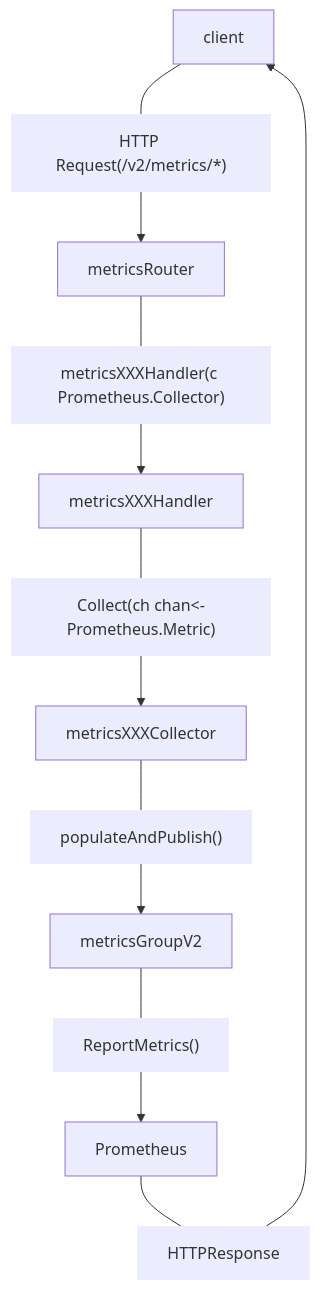
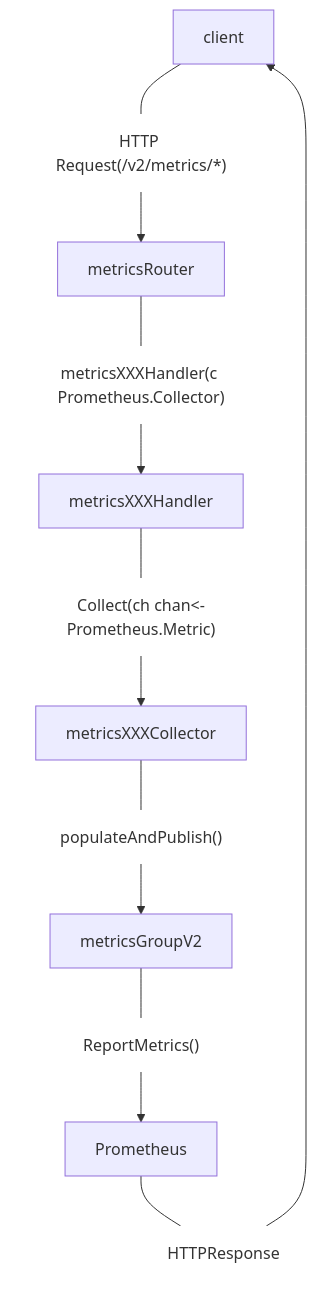
The diagram in temp/invisible_node_test.md (cquark/Minio_Code_Analysis), drawn with Mermaid before and after one commit.

````diff
--- a/temp/invisible_node_test.md
+++ b/temp/invisible_node_test.md
@@ -3,34 +3,34 @@
 ```mermaid
 graph TD
-	classDef transparentNode stroke-width:0px;
+	classDef transparentNode fill:#fff, stroke-width:0px;
 	A[client]
 	B[metricsRouter]
 	C[metricsXXXHandler]
 	D[metricsXXXCollector]
 	E[metricsGroupV2]
 	F[Prometheus]
 	AB["HTTP Request(/v2/metrics/*)"]
 	BC["metricsXXXHandler(c Prometheus.Collector)"]
 	CD["Collect(ch chan<-Prometheus.Metric)"]
 	DE["populateAndPublish()"]
 	EF["ReportMetrics()"]
 	FA[HTTPResponse]
 	class AB transparentNode;
 	class BC transparentNode;
 	class CD transparentNode;
 	class DE transparentNode;
 	class EF transparentNode;
 	class FA transparentNode;
 	A ---AB --> B
 	B ---BC--> C
 	C ---CD--> D
 	D ---DE--> E
 	E ---EF--> F
 	F ---FA--> A
 	click AB "https://google.com"
 	click BC "https://google.com"
 	click CD "https://google.com"
 	click DE "https://google.com"
 	click EF "https://google.com"
 	click FA "https://google.com"
 ```
````
